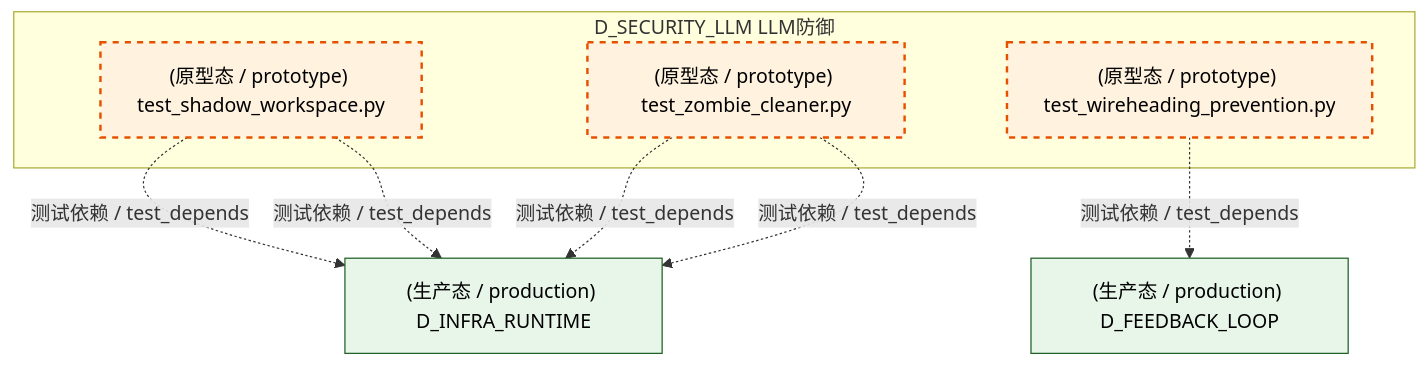
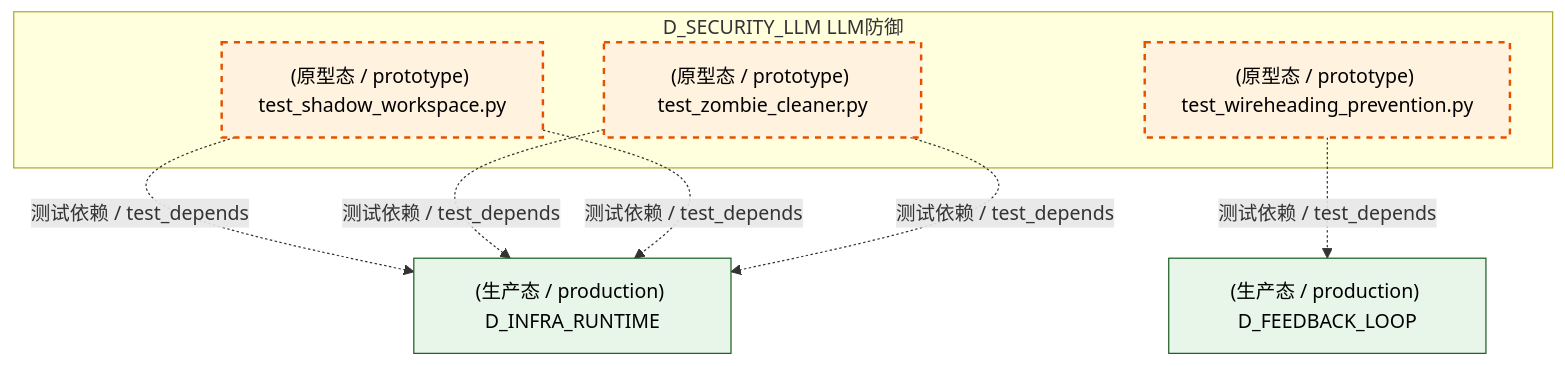
One commit to xuanFelixVan/ZephyrAlpha changed the third of 6 diagrams in docs/02_enterprise_architecture/02_domain_architecture_docs/25_d_security_llm.md. Above: the diagram before and after it, drawn with Mermaid. The commit also changed other lines of this file and 125 other files, not shown here.

````diff
--- a/docs/02_enterprise_architecture/02_domain_architecture_docs/25_d_security_llm.md
+++ b/docs/02_enterprise_architecture/02_domain_architecture_docs/25_d_security_llm.md
@@ -272,21 +273,21 @@
 ```mermaid
 graph TD
     subgraph D_SECURITY_LLM["D_SECURITY_LLM LLM防御"]
         tests_llm_security_test_shadow_workspace_py["(原型态 / prototype) test_shadow_workspace.py"]
         tests_llm_security_test_wireheading_prevention_py["(原型态 / prototype) test_wireheading_prevention.py"]
         tests_llm_security_test_zombie_cleaner_py["(原型态 / prototype) test_zombie_cleaner.py"]
     end
+    D_FEEDBACK_LOOP["(生产态 / production) D_FEEDBACK_LOOP"]
+    tests_llm_security_test_wireheading_prevention_py -.->|测试依赖 / test_depends| D_FEEDBACK_LOOP
     D_INFRA_RUNTIME["(生产态 / production) D_INFRA_RUNTIME"]
     tests_llm_security_test_shadow_workspace_py -.->|测试依赖 / test_depends| D_INFRA_RUNTIME
+    tests_llm_security_test_zombie_cleaner_py -.->|测试依赖 / test_depends| D_INFRA_RUNTIME
     tests_llm_security_test_shadow_workspace_py -.->|测试依赖 / test_depends| D_INFRA_RUNTIME
-    D_FEEDBACK_LOOP["(生产态 / production) D_FEEDBACK_LOOP"]
-    tests_llm_security_test_wireheading_prevention_py -.->|测试依赖 / test_depends| D_FEEDBACK_LOOP
-    tests_llm_security_test_zombie_cleaner_py -.->|测试依赖 / test_depends| D_INFRA_RUNTIME
     tests_llm_security_test_zombie_cleaner_py -.->|测试依赖 / test_depends| D_INFRA_RUNTIME
     classDef production fill:#e1f5fe,stroke:#01579b,stroke-width:2px,color:#000
     classDef design fill:#fff3e0,stroke:#e65100,stroke-width:2px,color:#000,stroke-dasharray: 5 5
     classDef external_prod fill:#e8f5e9,stroke:#1b5e20,stroke-width:1px,color:#000
     classDef external_design fill:#fce4ec,stroke:#880e4f,stroke-width:1px,color:#000,stroke-dasharray: 5 5
     class tests_llm_security_test_shadow_workspace_py,tests_llm_security_test_wireheading_prevention_py,tests_llm_security_test_zombie_cleaner_py design
-    class D_INFRA_RUNTIME,D_FEEDBACK_LOOP external_prod
+    class D_FEEDBACK_LOOP,D_INFRA_RUNTIME external_prod
 ```
````
